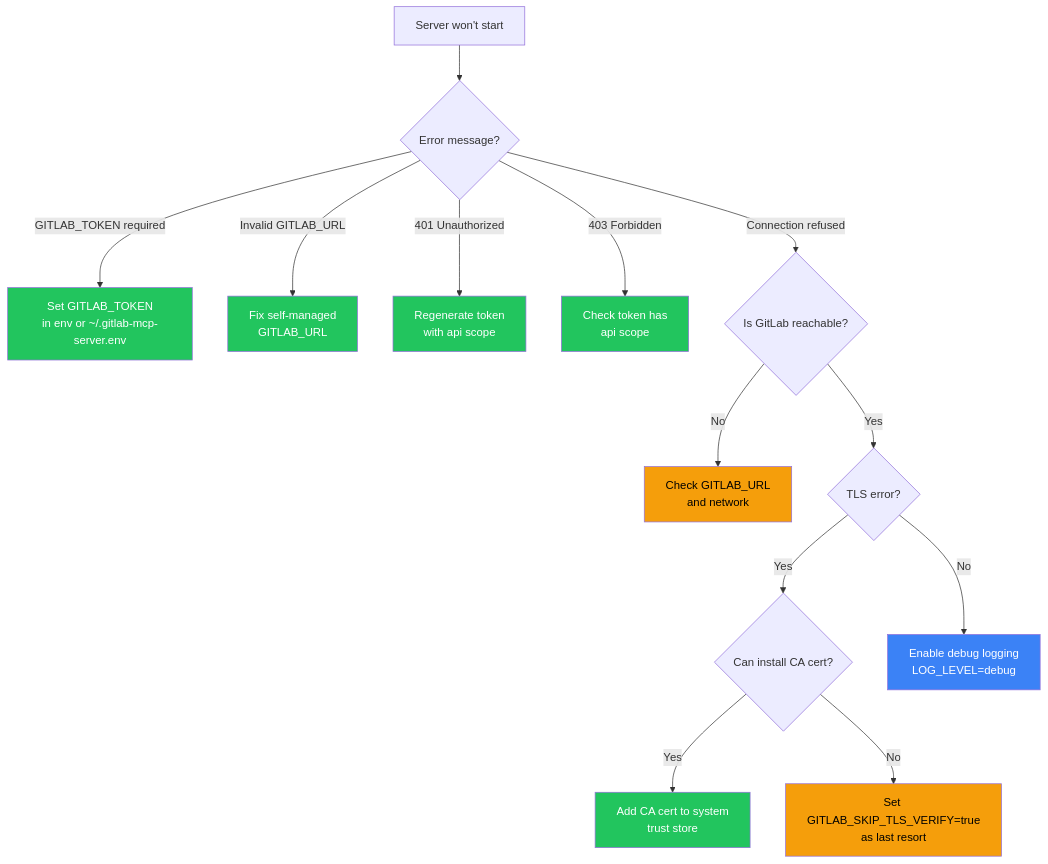
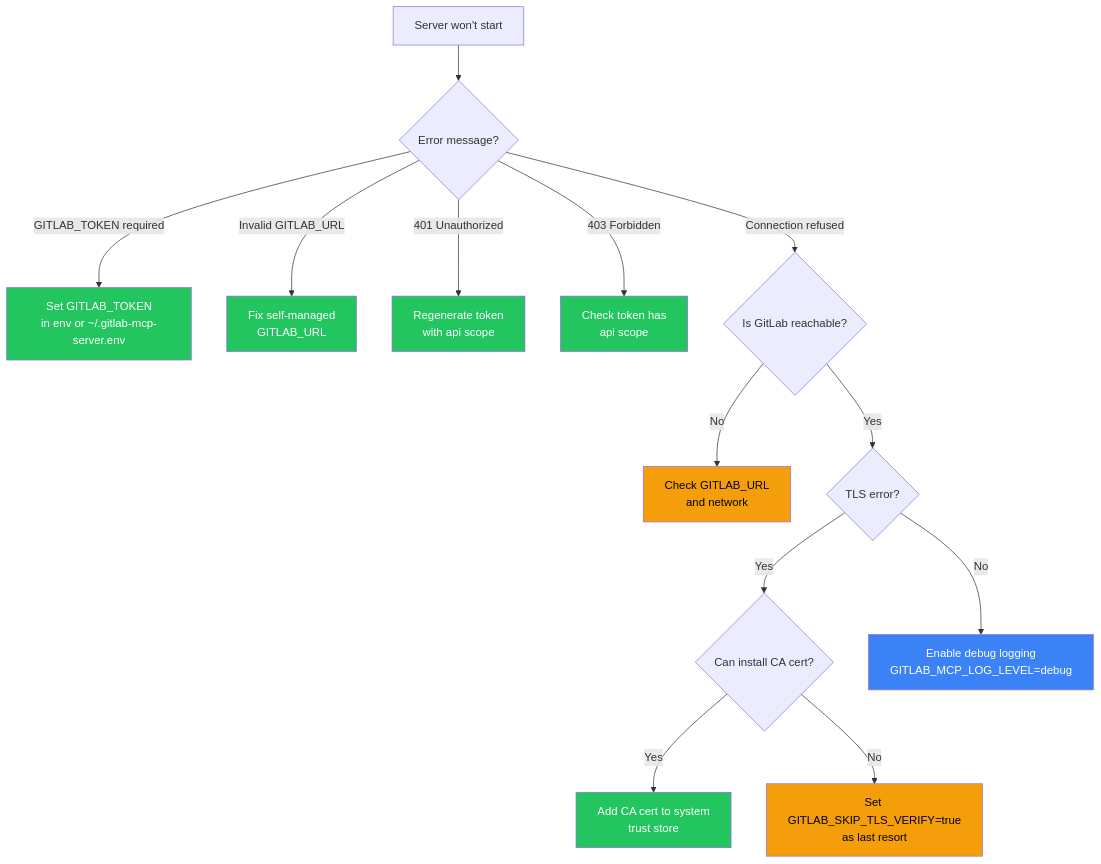
Before and after one commit to jmrplens/gitlab-mcp-server: the diagram in site/src/content/docs/operations/troubleshooting.mdx, drawn with Mermaid. The commit also changed other lines of this file and 170 other files, not shown here.

````diff
--- a/site/src/content/docs/operations/troubleshooting.mdx
+++ b/site/src/content/docs/operations/troubleshooting.mdx
@@ -22,24 +22,24 @@
 ```mermaid
 flowchart TD
     A[Server won't start] --> B{Error message?}
     B -->|GITLAB_TOKEN required| C[Set GITLAB_TOKEN<br/>in env or ~/.gitlab-mcp-server.env]
     B -->|Invalid GITLAB_URL| D[Fix self-managed<br/>GITLAB_URL]
     B -->|401 Unauthorized| E[Regenerate token<br/>with api scope]
     B -->|403 Forbidden| F[Check token has<br/>api scope]
     B -->|Connection refused| G{Is GitLab reachable?}
     G -->|No| H[Check GITLAB_URL<br/>and network]
     G -->|Yes| I{TLS error?}
     I -->|Yes| J{Can install CA cert?}
     J -->|Yes| J1[Add CA cert to system<br/>trust store]
     J -->|No| J2[Set GITLAB_SKIP_TLS_VERIFY=true<br/>as last resort]
-    I -->|No| K[Enable debug logging<br/>LOG_LEVEL=debug]
+    I -->|No| K[Enable debug logging<br/>GITLAB_MCP_LOG_LEVEL=debug]
 
     style C fill:#22c55e,color:#fff
     style D fill:#22c55e,color:#fff
     style E fill:#22c55e,color:#fff
     style F fill:#22c55e,color:#fff
     style H fill:#f59e0b,color:#000
     style J1 fill:#22c55e,color:#fff
     style J2 fill:#f59e0b,color:#000
     style K fill:#3b82f6,color:#fff
 ```
````
